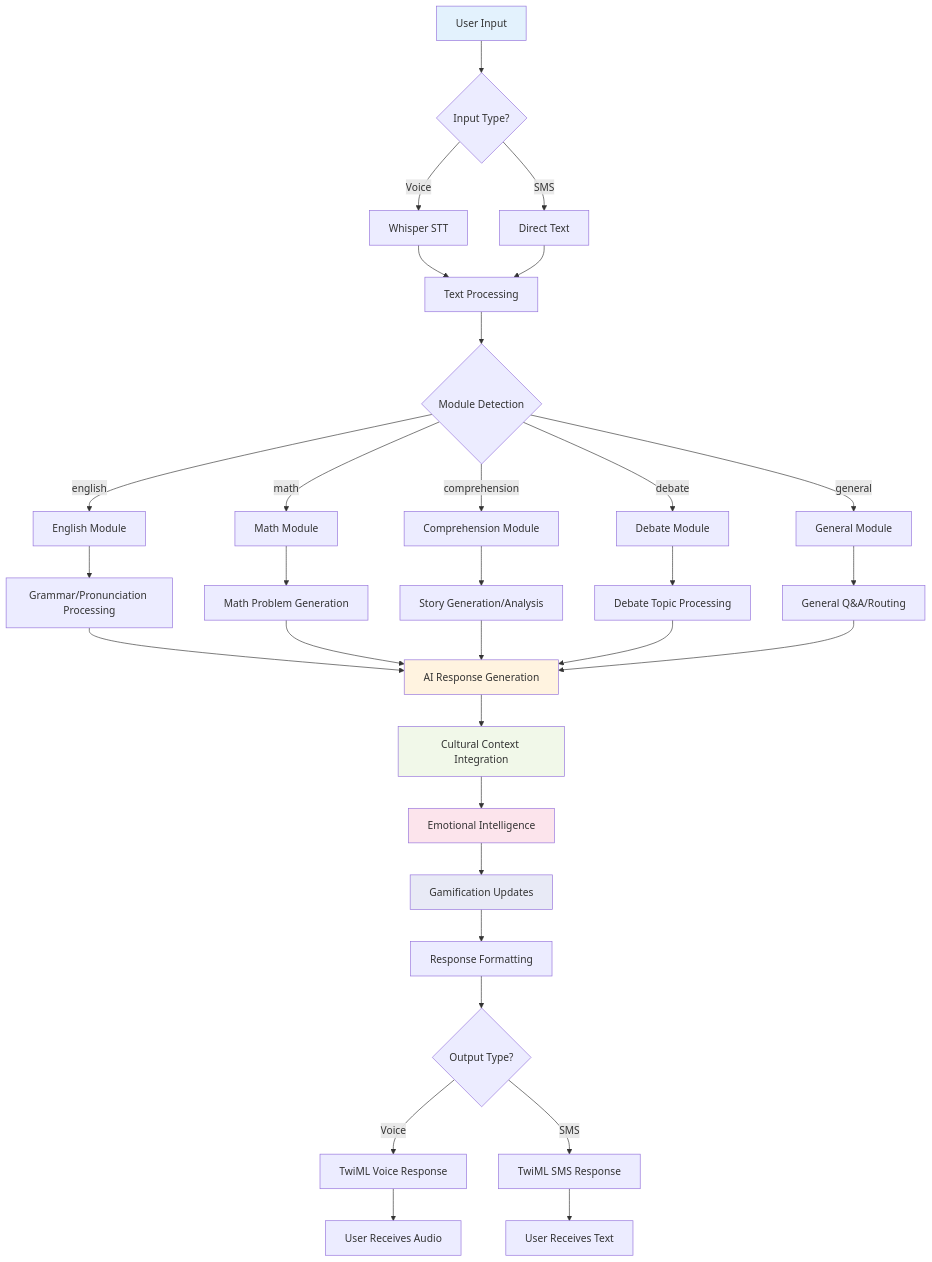
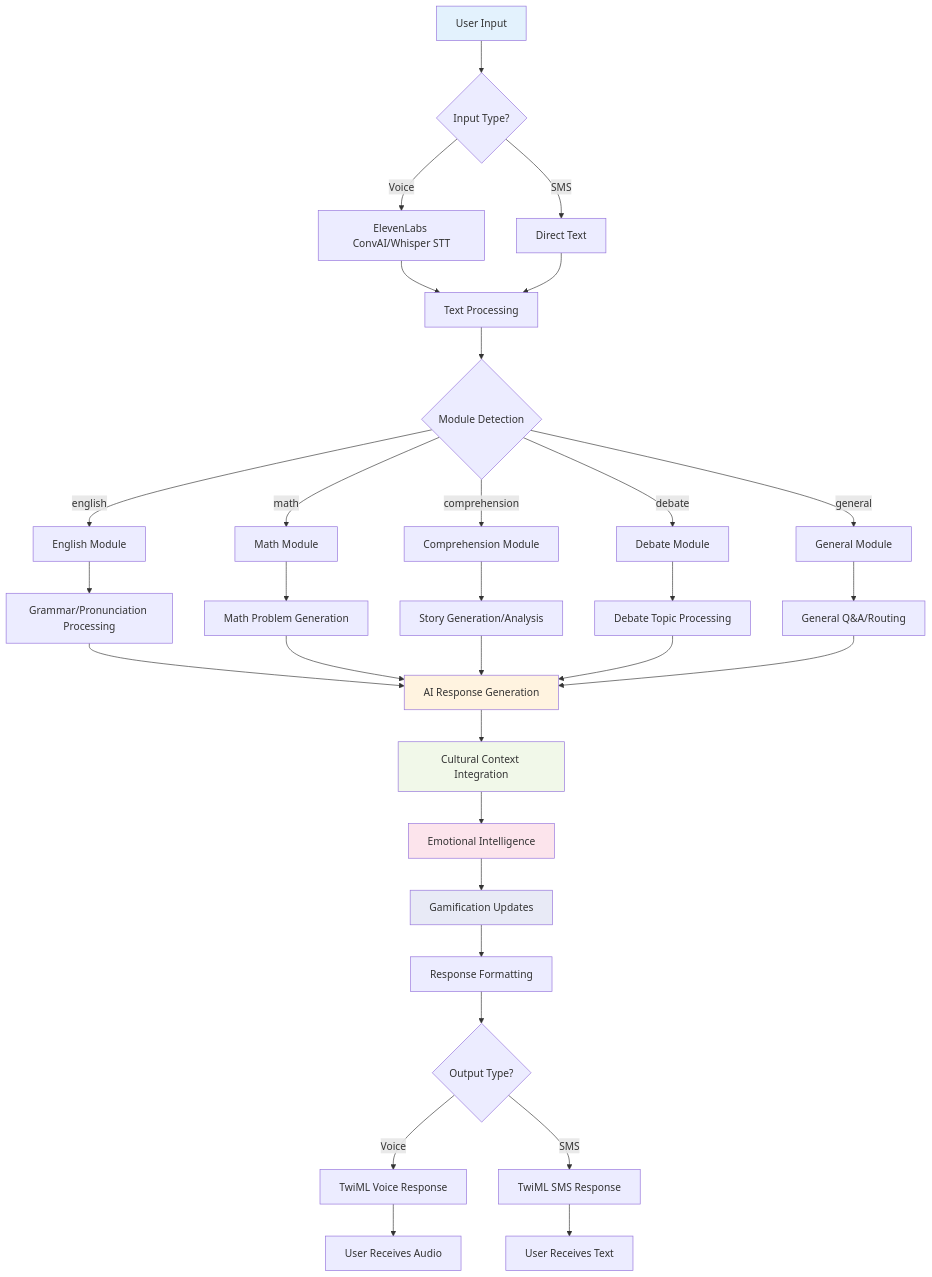
The third of 9 diagrams in BAKAME_Architecture_Diagrams.md (bakameai/mvp), drawn with Mermaid before and after one commit. The commit also changed other lines of this file and 9 other files, not shown here.

First line of the commit message:
Integrate ElevenLabs ConvAI WebSocket functionality

````diff
--- a/BAKAME_Architecture_Diagrams.md
+++ b/BAKAME_Architecture_Diagrams.md
@@ -131,46 +132,46 @@
 ```mermaid
 flowchart TD
     A[User Input] --> B{Input Type?}
-    B -->|Voice| C[Whisper STT]
+    B -->|Voice| C[ElevenLabs ConvAI/Whisper STT]
     B -->|SMS| D[Direct Text]
     
     C --> E[Text Processing]
     D --> E
     
     E --> F{Module Detection}
     F -->|english| G[English Module]
     F -->|math| H[Math Module]
     F -->|comprehension| I[Comprehension Module]
     F -->|debate| J[Debate Module]
     F -->|general| K[General Module]
     
     G --> L[Grammar/Pronunciation Processing]
     H --> M[Math Problem Generation]
     I --> N[Story Generation/Analysis]
     J --> O[Debate Topic Processing]
     K --> P[General Q&A/Routing]
     
     L --> Q[AI Response Generation]
     M --> Q
     N --> Q
     O --> Q
     P --> Q
     
     Q --> R[Cultural Context Integration]
     R --> S[Emotional Intelligence]
     S --> T[Gamification Updates]
     T --> U[Response Formatting]
     
     U --> V{Output Type?}
     V -->|Voice| W[TwiML Voice Response]
     V -->|SMS| X[TwiML SMS Response]
     
     W --> Y[User Receives Audio]
     X --> Z[User Receives Text]
     
     style A fill:#e3f2fd
     style Q fill:#fff3e0
     style R fill:#f1f8e9
     style S fill:#fce4ec
     style T fill:#e8eaf6
 ```
````
